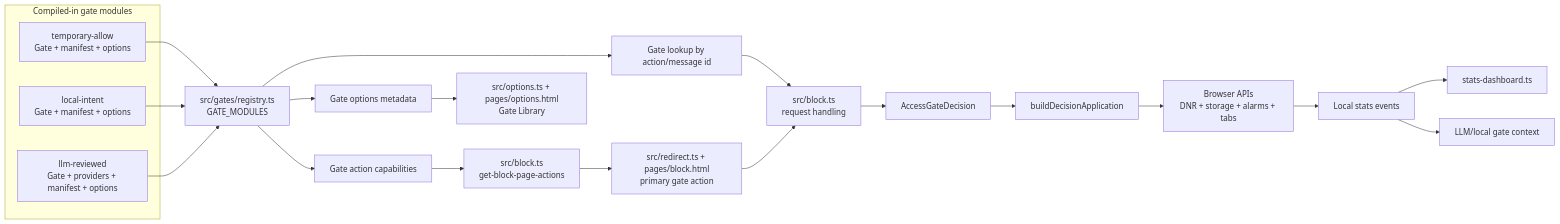
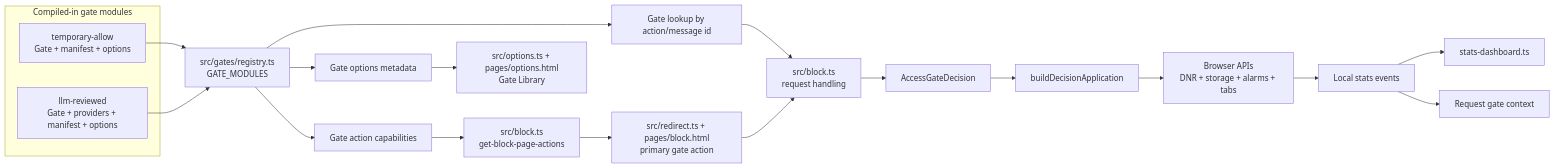
One commit to bradlangel/nodrift changed the diagram in ARCHITECTURE.md. Above: the diagram before and after it, drawn with Mermaid. The commit also changed other lines of this file and 17 other files, not shown here.

Commit message:
refactor(gates): retire local intent gate

````diff
--- a/ARCHITECTURE.md
+++ b/ARCHITECTURE.md
@@ -18,29 +18,27 @@
 ```mermaid
 flowchart LR
   subgraph Gates["Compiled-in gate modules"]
     Temporary["temporary-allow\nGate + manifest + options"]
-    Local["local-intent\nGate + manifest + options"]
     Llm["llm-reviewed\nGate + providers + manifest + options"]
   end
 
   Temporary --> Registry["src/gates/registry.ts\nGATE_MODULES"]
-  Local --> Registry
   Llm --> Registry
 
   Registry --> Capabilities["Gate action capabilities"]
   Registry --> OptionsMeta["Gate options metadata"]
   Registry --> GateLookup["Gate lookup by action/message id"]
 
   Capabilities --> ActionModel["src/block.ts\nget-block-page-actions"]
   ActionModel --> BlockPage["src/redirect.ts + pages/block.html\nprimary gate action"]
   OptionsMeta --> OptionsPage["src/options.ts + pages/options.html\nGate Library"]
 
   GateLookup --> Requests["src/block.ts\nrequest handling"]
   BlockPage --> Requests
   Requests --> Decision["AccessGateDecision"]
   Decision --> Apply["buildDecisionApplication"]
   Apply --> Browser["Browser APIs\nDNR + storage + alarms + tabs"]
   Browser --> Stats["Local stats events"]
   Stats --> Dashboard["stats-dashboard.ts"]
-  Stats --> GateContext["LLM/local gate context"]
+  Stats --> GateContext["Request gate context"]
 ```
````
